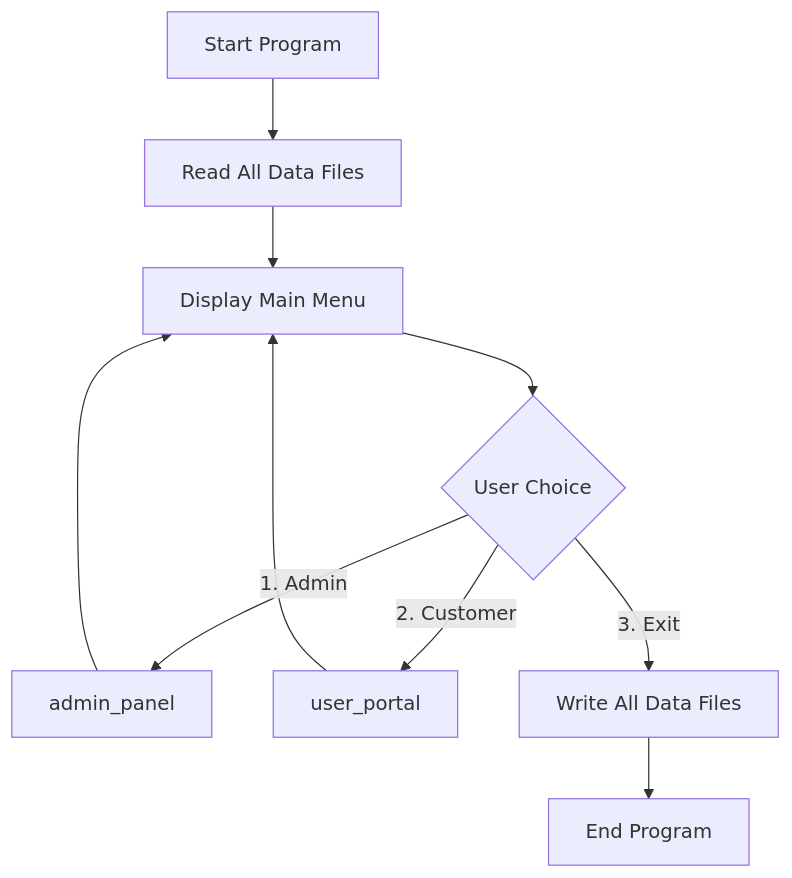
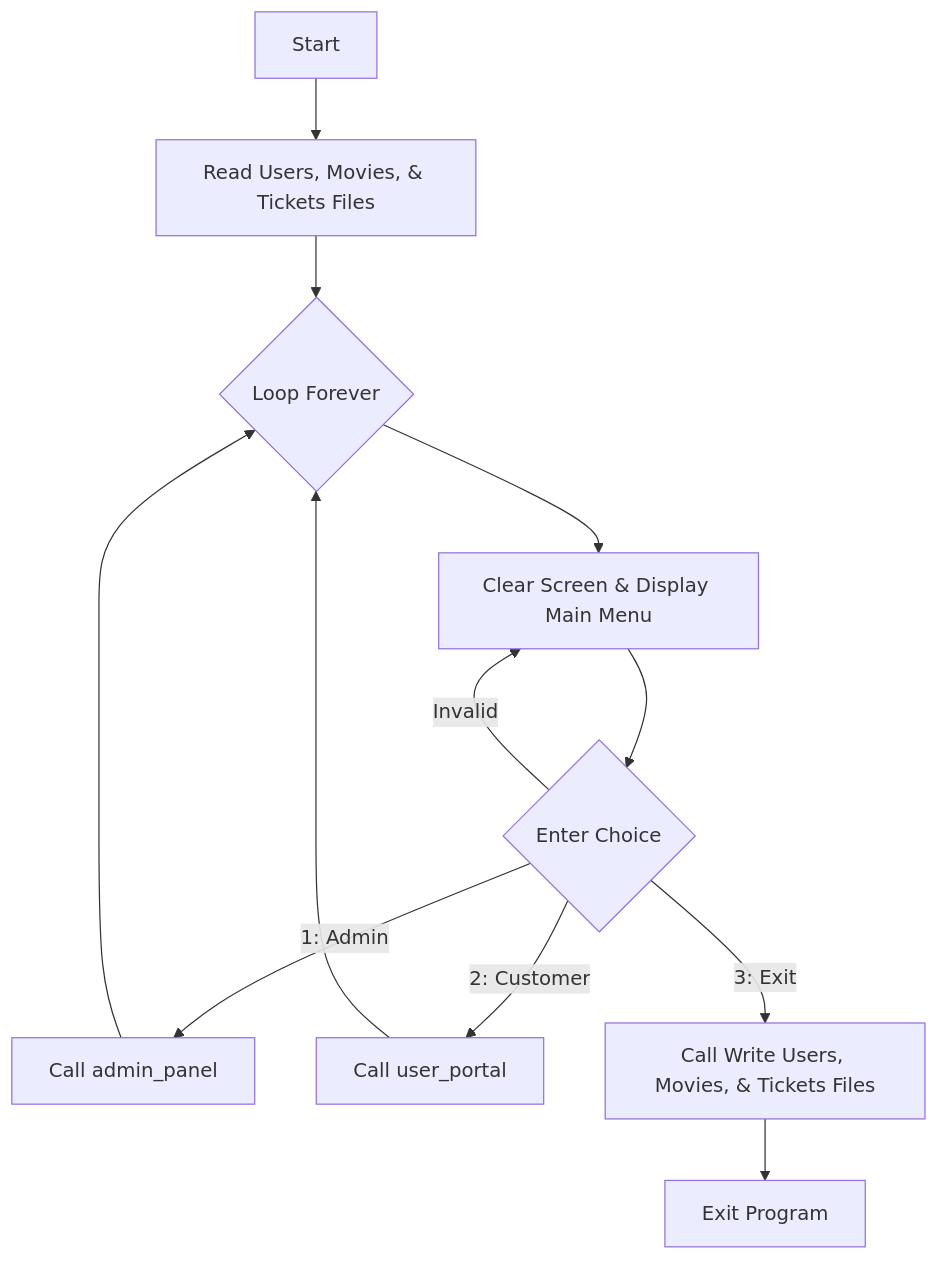
One commit to QUENJiX/test.github.io changed the first of 4 diagrams in README.md. Above: the diagram before and after it, drawn with Mermaid. The commit also changed other lines of this file, not shown here.

````diff
--- a/README.md
+++ b/README.md
@@ -313,12 +235,14 @@
 ```mermaid
 graph TD
-    A[Start Program] --> B[Read All Data Files]
-    B --> C[Display Main Menu]
-    C --> D{User Choice}
-    D -->|1. Admin| E[admin_panel]
-    D -->|2. Customer| F[user_portal]
-    D -->|3. Exit| G[Write All Data Files]
-    E --> C
-    F --> C
-    G --> H[End Program]
+    A[Start] --> B[Read Users, Movies, & Tickets Files];
+    B --> C{Loop Forever};
+    C --> D[Clear Screen & Display Main Menu];
+    D --> E{Enter Choice};
+    E -->|1: Admin| F[Call admin_panel];
+    E -->|2: Customer| G[Call user_portal];
+    E -->|3: Exit| H[Call Write Users, Movies, & Tickets Files];
+    F --> C;
+    G --> C;
+    H --> I[Exit Program];
+    E -->|Invalid| D;
 ```
````
